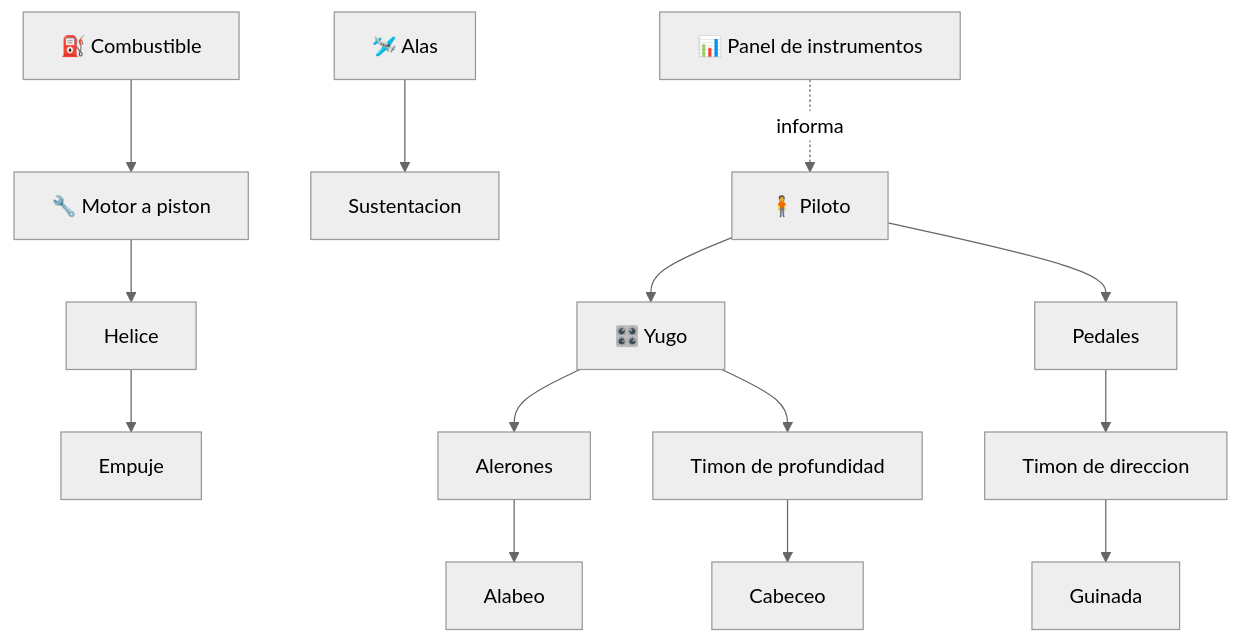
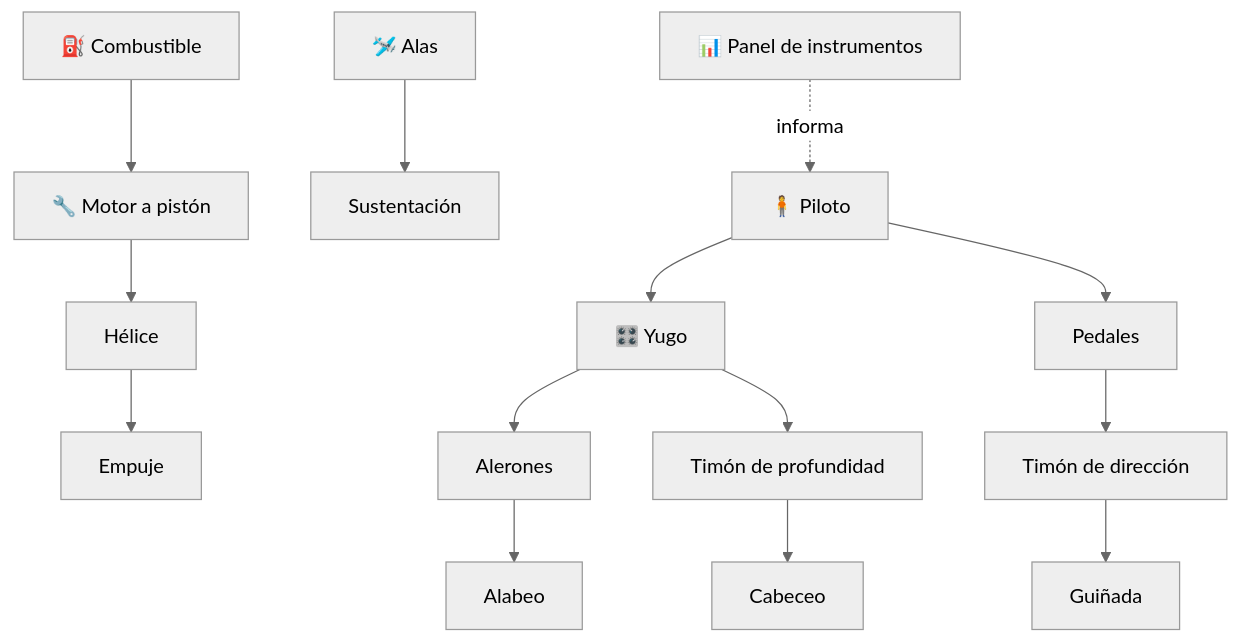
Before and after one commit to vladimiracunadev-create/machine-operator-program: the diagram in vehiculos/aviones-pequenos/README.md, drawn with Mermaid (neutral theme). The commit also changed other lines of this file and 442 other files, not shown here.

````diff
--- a/vehiculos/aviones-pequenos/README.md
+++ b/vehiculos/aviones-pequenos/README.md
@@ -32,16 +32,16 @@
 ```mermaid
 flowchart TD
-    Combustible[⛽ Combustible] --> Motor[🔧 Motor a piston]
-    Motor --> Helice[Helice]
+    Combustible[⛽ Combustible] --> Motor[🔧 Motor a pistón]
+    Motor --> Helice[Hélice]
     Helice --> Empuje[Empuje]
-    Alas[🛩️ Alas] --> Sustentacion[Sustentacion]
+    Alas[🛩️ Alas] --> Sustentacion[Sustentación]
     Yugo[🎛️ Yugo] --> Alerones[Alerones]
-    Yugo --> Profundidad[Timon de profundidad]
-    Pedales[Pedales] --> Direccion[Timon de direccion]
+    Yugo --> Profundidad[Timón de profundidad]
+    Pedales[Pedales] --> Direccion[Timón de dirección]
     Alerones --> Alabeo[Alabeo]
     Profundidad --> Cabeceo[Cabeceo]
-    Direccion --> Guinada[Guinada]
+    Direccion --> Guinada[Guiñada]
     Tablero[📊 Panel de instrumentos] -. informa .-> Piloto[🧍 Piloto]
     Piloto --> Yugo
     Piloto --> Pedales
 ```
````
